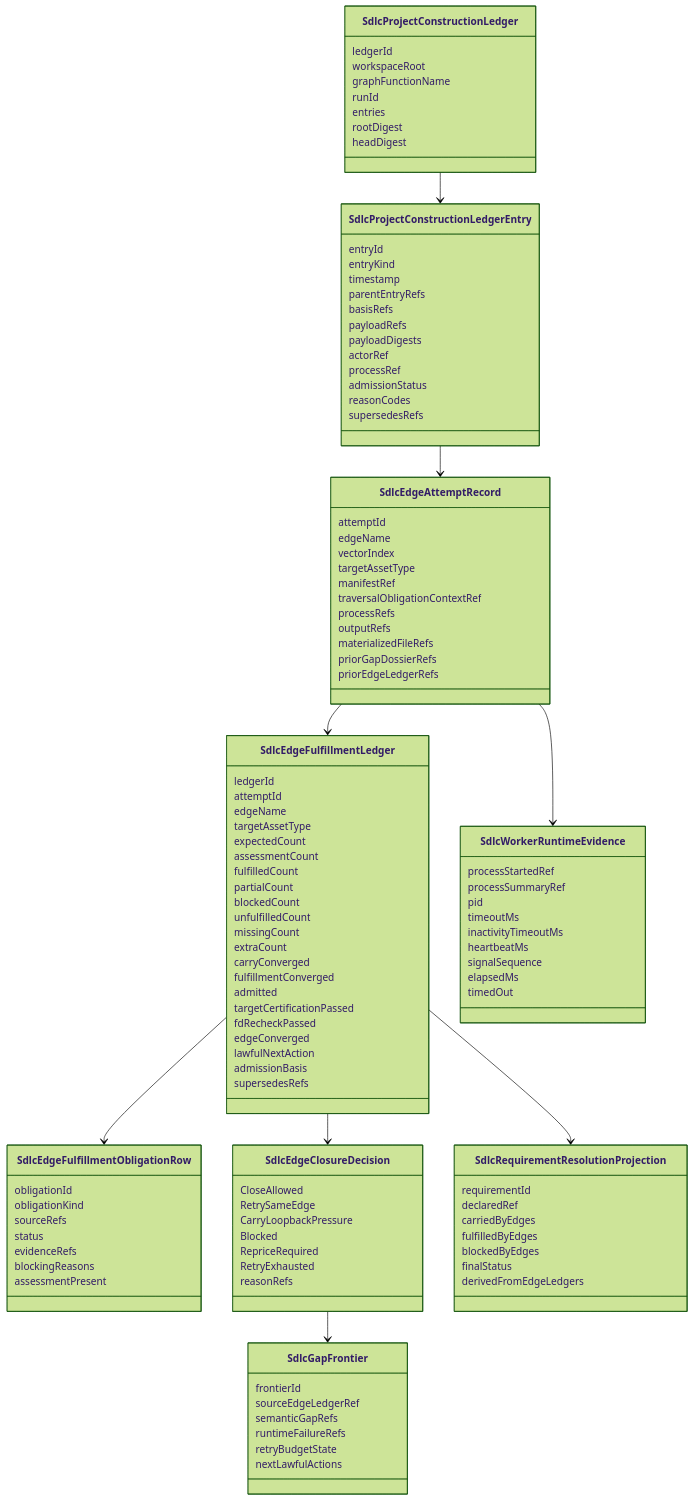
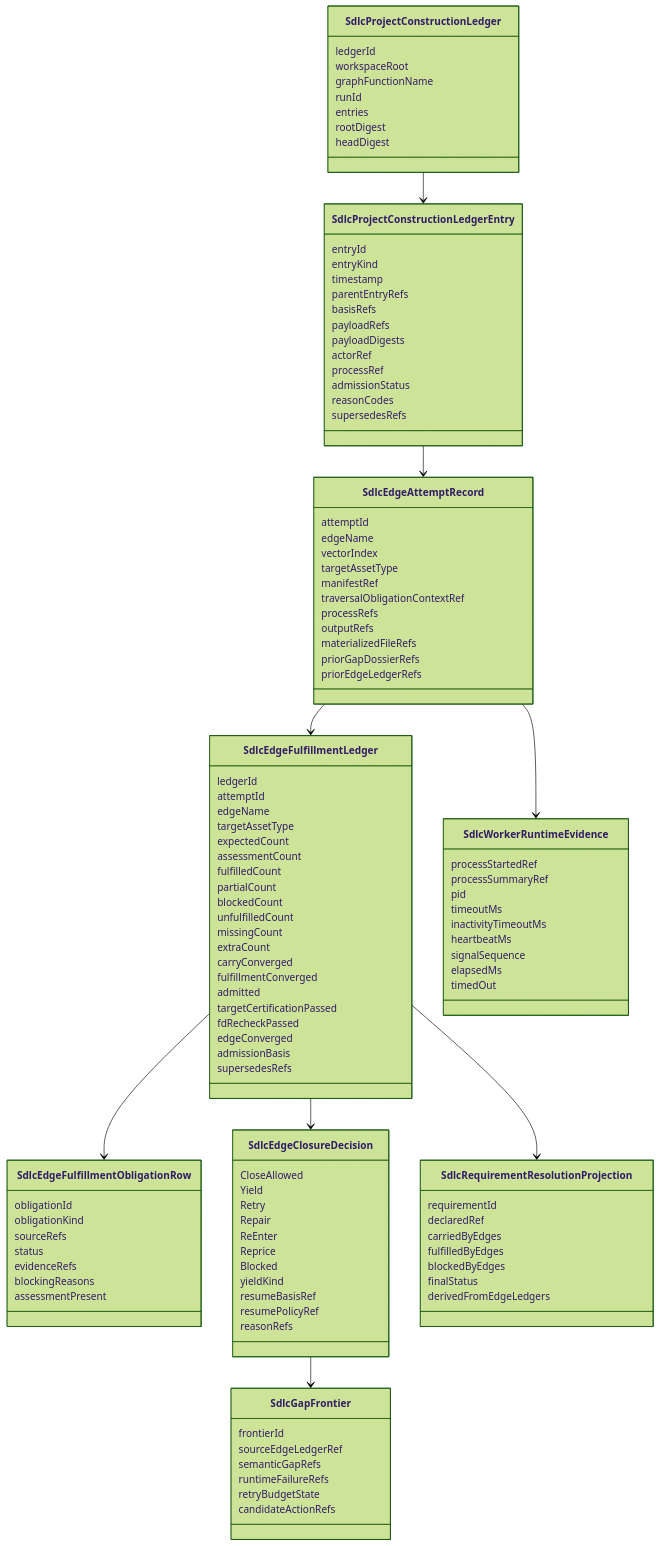
The fifth of 6 diagrams in build_tenants/typescript/design/ODD_SDLC_TYPESCRIPT_TRAVERSAL_LEDGER_SOLUTION.md (foolishimp/odd_sdlc), drawn with Mermaid (forest theme) before and after one commit. The commit also changed other lines of this file and 27 other files, not shown here.

```diff
--- a/build_tenants/typescript/design/ODD_SDLC_TYPESCRIPT_TRAVERSAL_LEDGER_SOLUTION.md
+++ b/build_tenants/typescript/design/ODD_SDLC_TYPESCRIPT_TRAVERSAL_LEDGER_SOLUTION.md
@@ -558,7 +616,6 @@
     targetCertificationPassed
     fdRecheckPassed
     edgeConverged
-    lawfulNextAction
     admissionBasis
     supersedesRefs
   }
@@ -591,16 +648,20 @@
     semanticGapRefs
     runtimeFailureRefs
     retryBudgetState
-    nextLawfulActions
+    candidateActionRefs
   }
 
   class SdlcEdgeClosureDecision {
     CloseAllowed
-    RetrySameEdge
-    CarryLoopbackPressure
+    Yield
+    Retry
+    Repair
+    ReEnter
+    Reprice
     Blocked
-    RepriceRequired
-    RetryExhausted
+    yieldKind
+    resumeBasisRef
+    resumePolicyRef
     reasonRefs
   }
 
```
